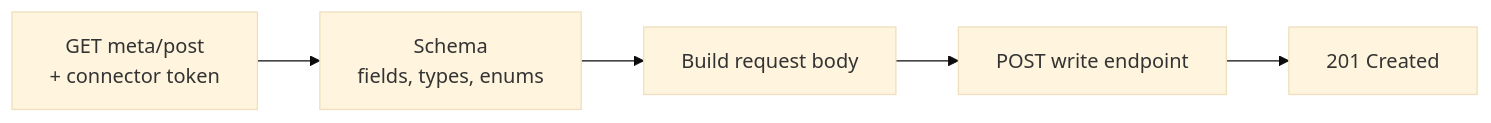
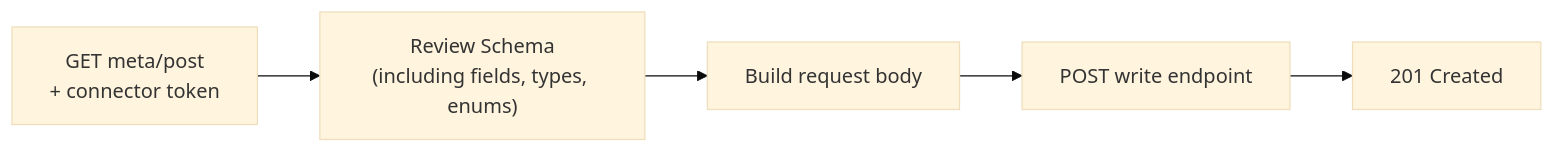
One commit to kaval1810/bindbee-docs-test changed the diagram in guides/reading-writing/writing-data/meta-apis.mdx. Above: the diagram before and after it, drawn with Mermaid (base theme). The commit also changed other lines of this file and 6 other files, not shown here.

````diff
--- a/guides/reading-writing/writing-data/meta-apis.mdx
+++ b/guides/reading-writing/writing-data/meta-apis.mdx
@@ -12,7 +12,7 @@
 ```mermaid
 flowchart LR
-    A["GET meta/post<br/>+ connector token"] --> B["Schema<br/>fields, types, enums"]
+    A["GET meta/post<br/>+ connector token"] --> B["Review Schema<br/>(including fields, types, enums)"]
     B --> C["Build request body"]
     C --> D["POST write endpoint"]
     D --> E["201 Created"]
 ```
````
